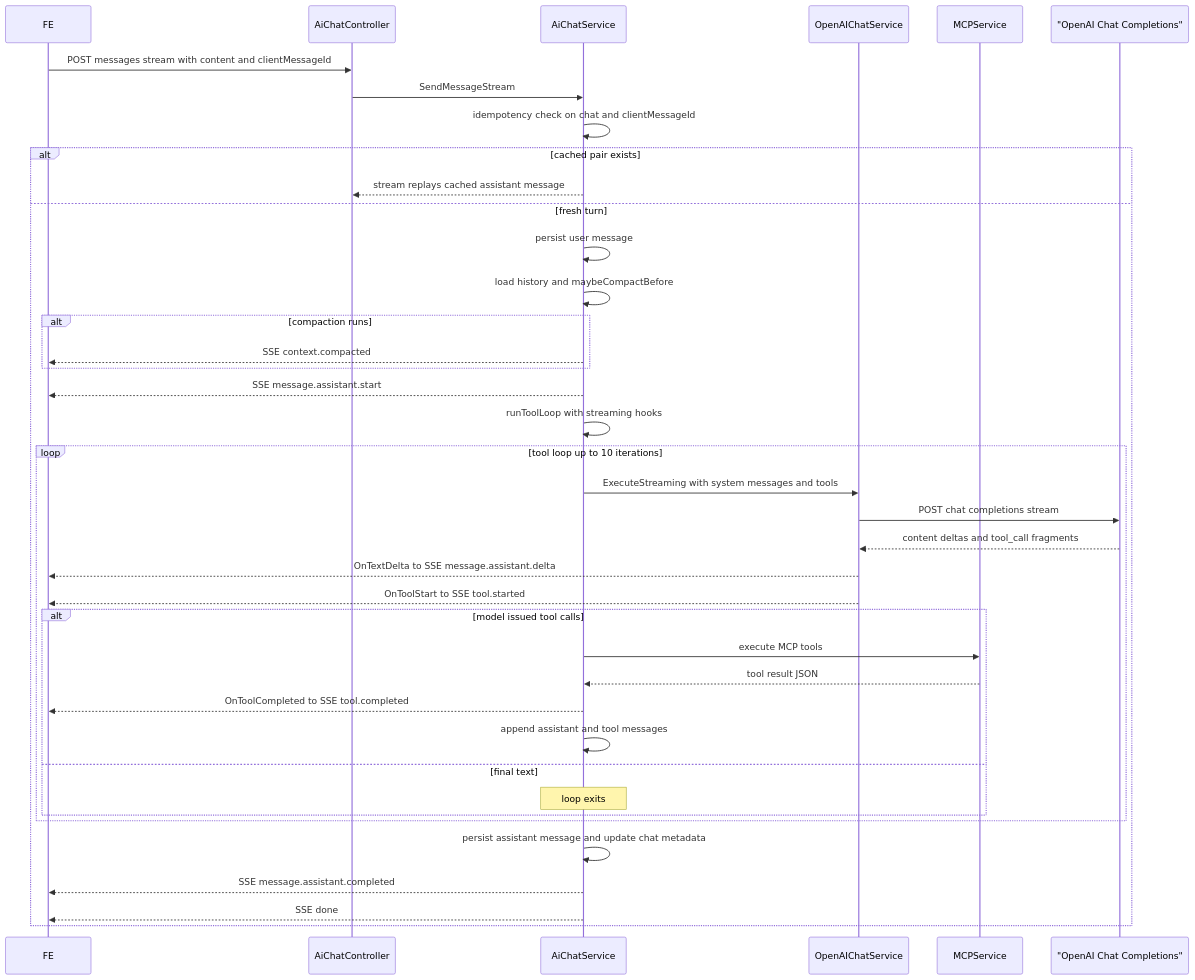
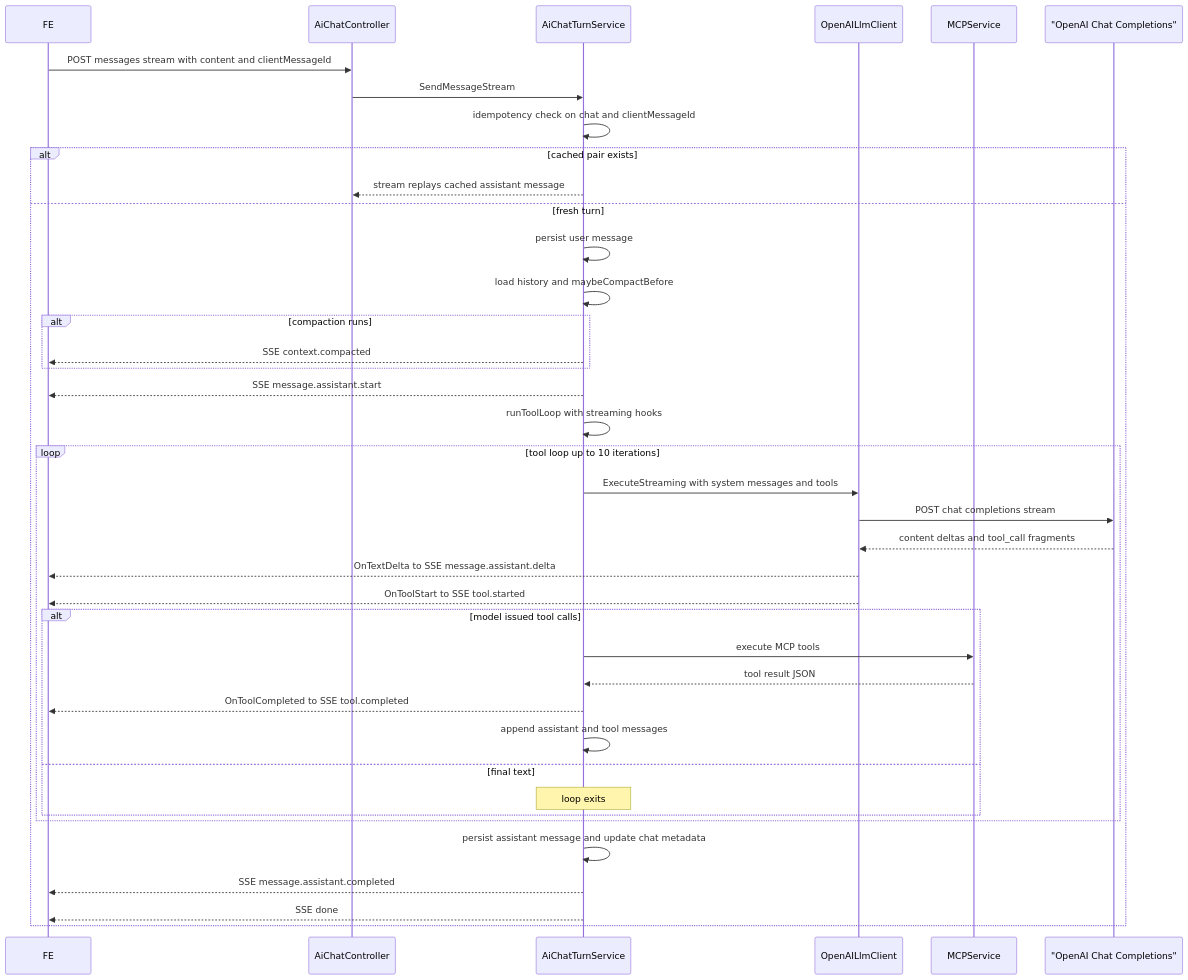
Before and after one commit to Netcracker/qubership-apihub-backend: the first of 3 diagrams in docs/feature_design/ai_assistant/feature-ai-chat-design.md, drawn with Mermaid. The commit also changed other lines of this file and 32 other files, not shown here.

````diff
--- a/docs/feature_design/ai_assistant/feature-ai-chat-design.md
+++ b/docs/feature_design/ai_assistant/feature-ai-chat-design.md
@@ -99,42 +122,42 @@
 ```mermaid
 sequenceDiagram
     participant FE
     participant Ctrl as AiChatController
-    participant Svc as AiChatService
-    participant LLM as OpenAIChatService
+    participant Svc as AiChatTurnService
+    participant LLM as OpenAILlmClient
     participant MCP as MCPService
     participant OAI as "OpenAI Chat Completions"
 
     FE->>Ctrl: POST messages stream with content and clientMessageId
     Ctrl->>Svc: SendMessageStream
     Svc->>Svc: idempotency check on chat and clientMessageId
     alt cached pair exists
         Svc-->>Ctrl: stream replays cached assistant message
     else fresh turn
         Svc->>Svc: persist user message
         Svc->>Svc: load history and maybeCompactBefore
         alt compaction runs
             Svc-->>FE: SSE context.compacted
         end
         Svc-->>FE: SSE message.assistant.start
         Svc->>Svc: runToolLoop with streaming hooks
         loop tool loop up to 10 iterations
             Svc->>LLM: ExecuteStreaming with system messages and tools
             LLM->>OAI: POST chat completions stream
             OAI-->>LLM: content deltas and tool_call fragments
             LLM-->>FE: OnTextDelta to SSE message.assistant.delta
             LLM-->>FE: OnToolStart to SSE tool.started
             alt model issued tool calls
                 Svc->>MCP: execute MCP tools
                 MCP-->>Svc: tool result JSON
                 Svc-->>FE: OnToolCompleted to SSE tool.completed
                 Svc->>Svc: append assistant and tool messages
             else final text
                 note over Svc: loop exits
             end
         end
         Svc->>Svc: persist assistant message and update chat metadata
         Svc-->>FE: SSE message.assistant.completed
         Svc-->>FE: SSE done
     end
 ```
````
